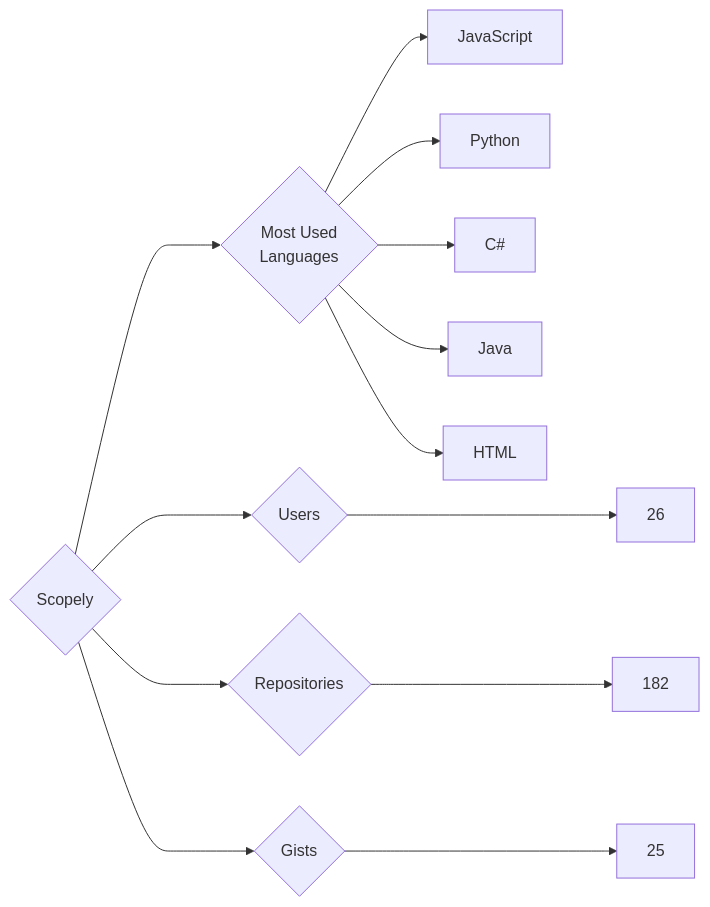
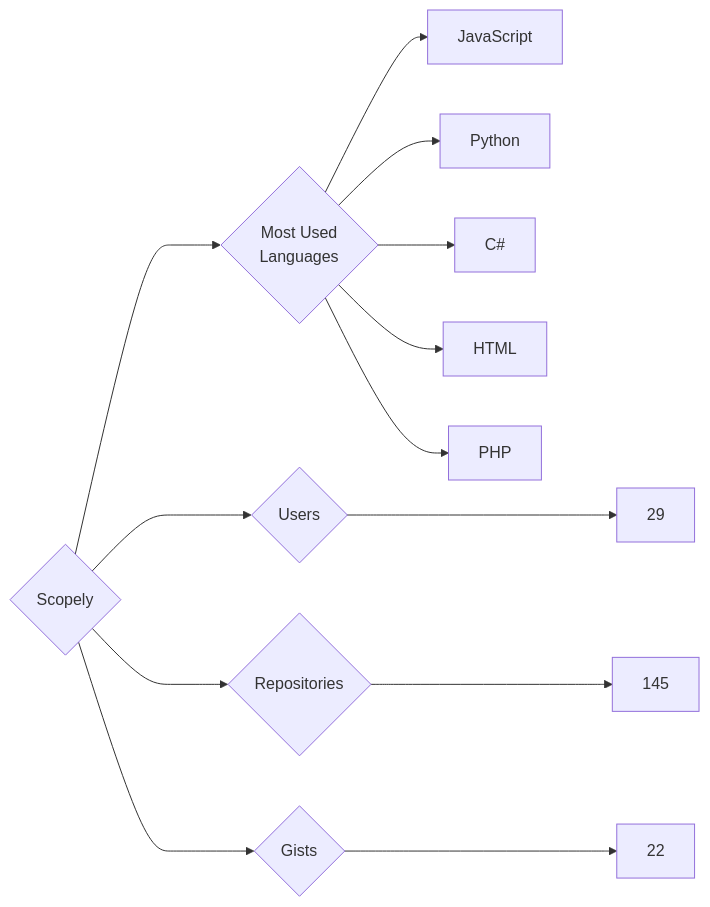
One commit to trickest/insiders changed the diagram in targets/Scopely/README.md. Above: the diagram before and after it, drawn with Mermaid. The commit also changed 969 other files, not shown here.

````diff
--- a/targets/Scopely/README.md
+++ b/targets/Scopely/README.md
@@ -3,13 +3,13 @@
 ```mermaid
 graph LR
 COMPANY_NAME{Scopely}
-COMPANY_NAME ---> U{Users} ---> UN[26]
-COMPANY_NAME ---> R{Repositories} ---> RN[182]
-COMPANY_NAME ---> G{Gists} ---> GN[25]
+COMPANY_NAME ---> U{Users} ---> UN[29]
+COMPANY_NAME ---> R{Repositories} ---> RN[145]
+COMPANY_NAME ---> G{Gists} ---> GN[22]
 COMPANY_NAME ---> ML{Most Used<br>Languages}
 ML --> JavaScript[JavaScript]
 ML --> Python[Python]
 ML --> C#[C#]
-ML --> Java[Java]
 ML --> HTML[HTML]
+ML --> PHP[PHP]
 ```
````
